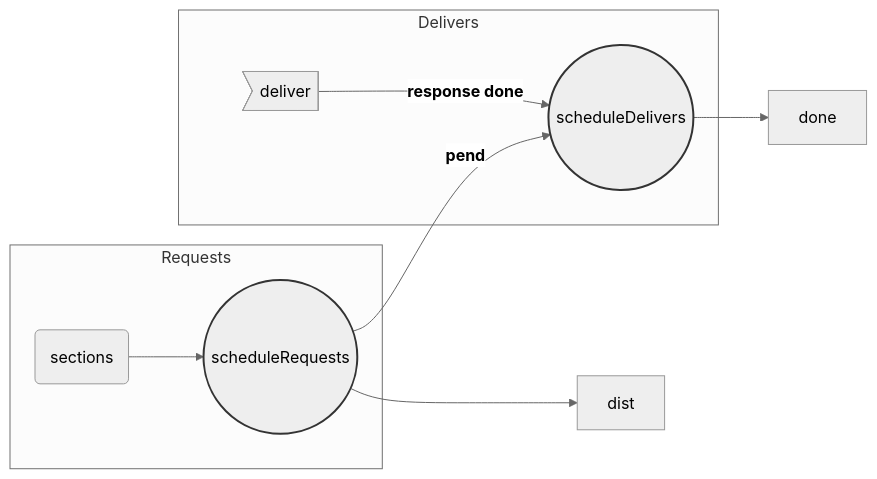
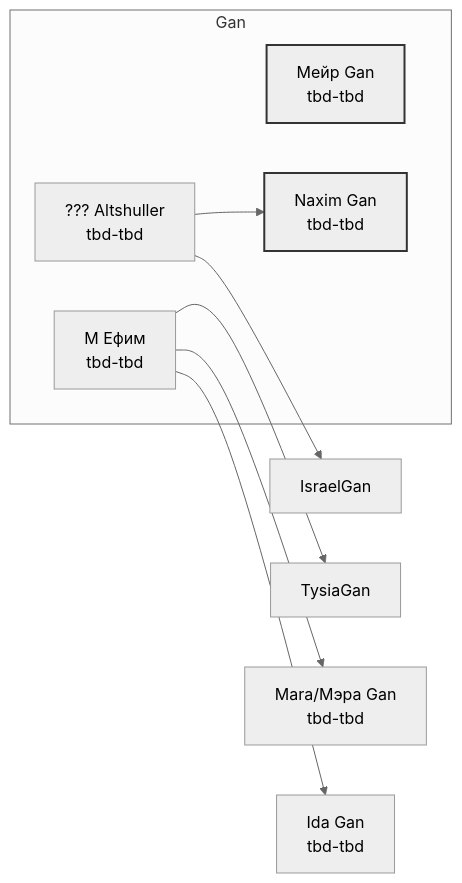
Before and after one commit to agiletechvn/go-ethereum-code-analysis: the diagram in core-bloombits-analysis.md, drawn with Mermaid (neutral theme).

Commit message:
update subgraph for core-bloombits

````diff
--- a/core-bloombits-analysis.md
+++ b/core-bloombits-analysis.md
@@ -97,21 +97,23 @@
 ```mermaid
 graph LR
 
-subgraph Requests
-	id1(sections)
-	id2((scheduleRequests))
+subgraph Gan
+    IsraelsFatherGan[Mейр Gan <br>tbd-tbd]
+    IsraelsFathersWife[??? Altshuller <br>tbd-tbd]
 end
-id1 --> id2
-id2 --> dist
+IsraelsFathersWife --> IsraelGan
+IsraelsFathersWife --> NaximGan[Naxim Gan<br>tbd-tbd]
 
-subgraph Delivers
-	id3((scheduleDelivers))
-	id4>deliver]
+subgraph Gan
+    NaximGan[Naxim Gan<br>tbd-tbd]
+    NaximGanWife[M Ефим<br>tbd-tbd]
 end
-id2 --<b>pend</b>--> id3
-id4 --<b>response done</b>--> id3
-id3 --> done
+NaximGanWife --> TysiaGan
+NaximGanWife --> MaraGan[Mara/Мэра Gan<br>tbd-tbd]
+NaximGanWife --> IdaGan[Ida Gan<br>tbd-tbd]
 
-style id2 stroke: #333, stroke-width:2px;
-style id3 stroke: #333, stroke-width:2px;
+
+
+style IsraelsFatherGan stroke: #333, stroke-width:2px;
+style NaximGan stroke: #333, stroke-width:2px;
 ```
````
